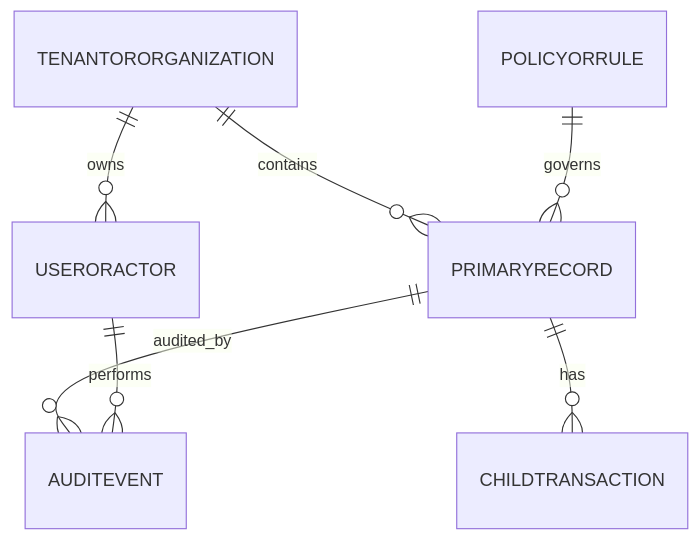
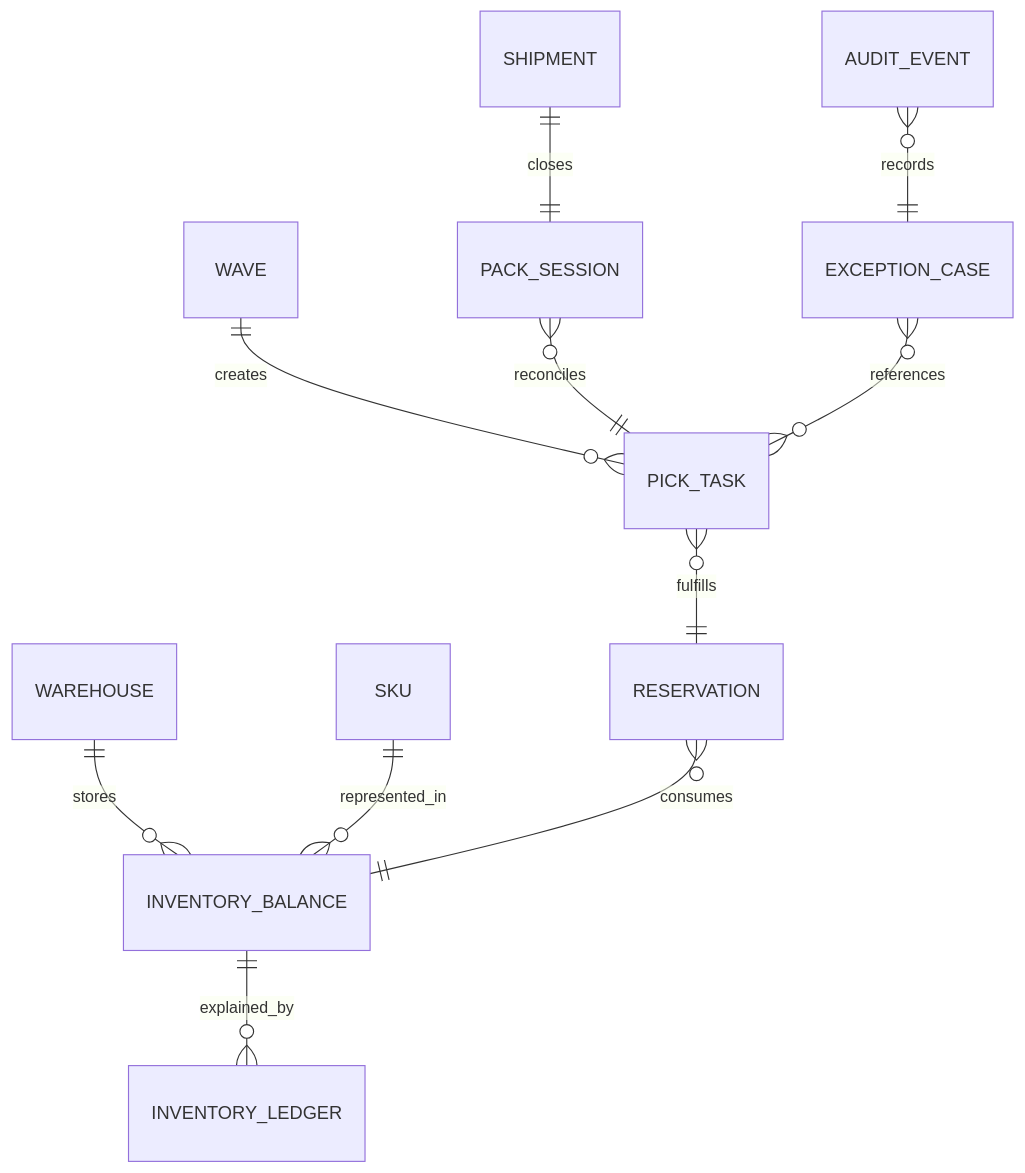
The diagram in Warehouse Management System/analysis/data-dictionary.md (0Ankit0/Project-Ideas), drawn with Mermaid before and after one commit. The commit also changed other lines of this file and 38 other files, not shown here.

Commit message:
Deepen WMS event, data dictionary, and edge-case coverage

````diff
--- a/Warehouse Management System/analysis/data-dictionary.md
+++ b/Warehouse Management System/analysis/data-dictionary.md
@@ -21,9 +21,13 @@
 ```mermaid
 erDiagram
-    TENANTORORGANIZATION ||--o{ USERORACTOR : owns
-    TENANTORORGANIZATION ||--o{ PRIMARYRECORD : contains
-    PRIMARYRECORD ||--o{ CHILDTRANSACTION : has
-    POLICYORRULE ||--o{ PRIMARYRECORD : governs
-    PRIMARYRECORD ||--o{ AUDITEVENT : audited_by
-    USERORACTOR ||--o{ AUDITEVENT : performs
+    WAREHOUSE ||--o{ INVENTORY_BALANCE : stores
+    SKU ||--o{ INVENTORY_BALANCE : represented_in
+    INVENTORY_BALANCE ||--o{ INVENTORY_LEDGER : explained_by
+    RESERVATION }o--|| INVENTORY_BALANCE : consumes
+    WAVE ||--o{ PICK_TASK : creates
+    PICK_TASK }o--|| RESERVATION : fulfills
+    PACK_SESSION }o--|| PICK_TASK : reconciles
+    SHIPMENT ||--|| PACK_SESSION : closes
+    EXCEPTION_CASE }o--o{ PICK_TASK : references
+    AUDIT_EVENT }o--|| EXCEPTION_CASE : records
 ```
````
